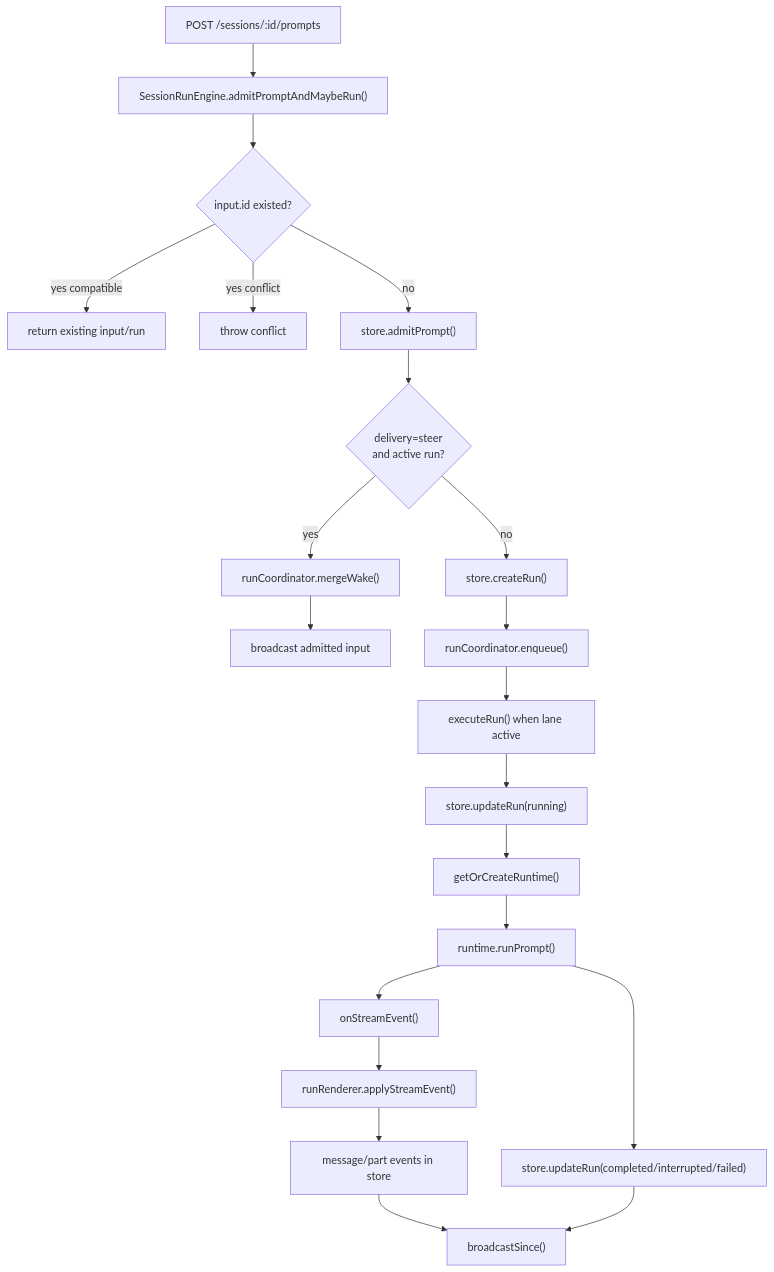
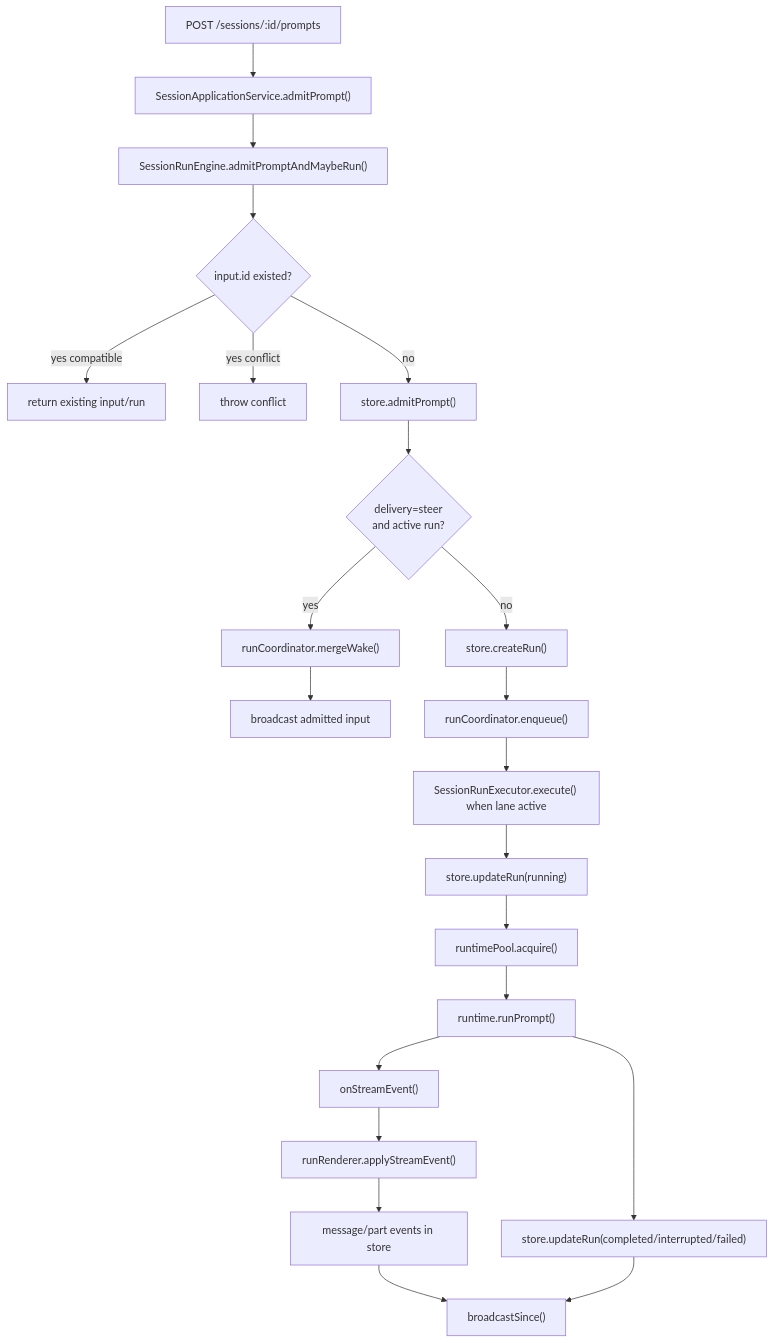
Before and after one commit to rzx007/openharness-ts: the sixth of 16 diagrams in docs/daemon-runtime-flow-map.md, drawn with Mermaid. The commit also changed other lines of this file and 4 other files, not shown here.

Commit message:
docs: map daemon runtime flow

````diff
--- a/docs/daemon-runtime-flow-map.md
+++ b/docs/daemon-runtime-flow-map.md
@@ -187,25 +283,26 @@
 ```mermaid
 flowchart TD
-  prompt["POST /sessions/:id/prompts"] --> admit["SessionRunEngine.admitPromptAndMaybeRun()"]
+  prompt["POST /sessions/:id/prompts"] --> app["SessionApplicationService.admitPrompt()"]
+  app --> admit["SessionRunEngine.admitPromptAndMaybeRun()"]
   admit --> idempotent{"input.id existed?"}
   idempotent -->|yes compatible| existing["return existing input/run"]
   idempotent -->|yes conflict| conflict["throw conflict"]
   idempotent -->|no| storeInput["store.admitPrompt()"]
 
   storeInput --> steer{"delivery=steer<br/>and active run?"}
   steer -->|yes| merge["runCoordinator.mergeWake()"]
   merge --> broadcast1["broadcast admitted input"]
   steer -->|no| createRun["store.createRun()"]
   createRun --> enqueue["runCoordinator.enqueue()"]
-  enqueue --> execute["executeRun() when lane active"]
+  enqueue --> execute["SessionRunExecutor.execute() when lane active"]
 
   execute --> runRunning["store.updateRun(running)"]
-  runRunning --> runtime["getOrCreateRuntime()"]
+  runRunning --> runtime["runtimePool.acquire()"]
   runtime --> runPrompt["runtime.runPrompt()"]
   runPrompt --> stream["onStreamEvent()"]
   stream --> renderer["runRenderer.applyStreamEvent()"]
   renderer --> storeParts["message/part events in store"]
   storeParts --> sse["broadcastSince()"]
   runPrompt --> complete["store.updateRun(completed/interrupted/failed)"]
   complete --> sse
 ```
````
